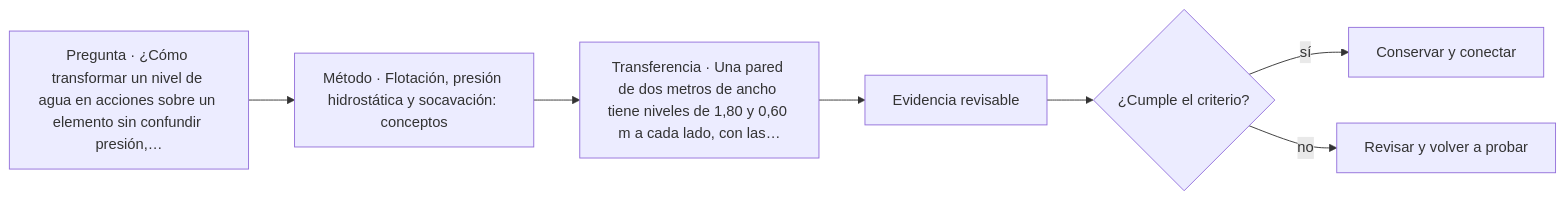
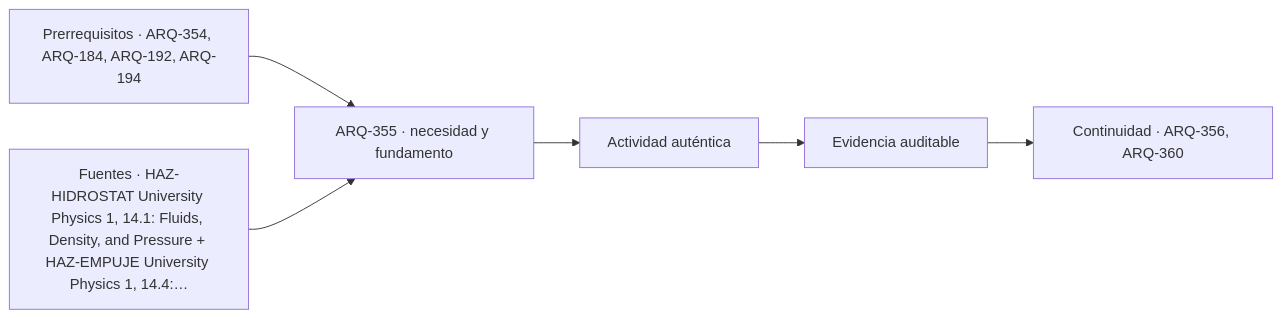
Before and after one commit to vladimiracunadev-create/architecture-built-environment-learning-program: the diagram in classes/parte-36/ARQ-355.md, drawn with Mermaid. The commit also changed other lines of this file and 761 other files, not shown here.

````diff
--- a/classes/parte-36/ARQ-355.md
+++ b/classes/parte-36/ARQ-355.md
@@ -111,9 +123,8 @@
 ```mermaid
 flowchart LR
-    Q["Pregunta · ¿Cómo transformar un nivel de agua en acciones sobre un elemento sin confundir presión,…"] --> M["Método · Flotación, presión hidrostática y socavación: conceptos"]
-    M --> P["Transferencia · Una pared de dos metros de ancho tiene niveles de 1,80 y 0,60 m a cada lado, con las…"]
-    P --> E["Evidencia revisable"]
-    E --> C{"¿Cumple el criterio?"}
-    C -->|sí| T["Conservar y conectar"]
-    C -->|no| R["Revisar y volver a probar"]
+    A["Prerrequisitos · ARQ-354, ARQ-184, ARQ-192, ARQ-194"] --> B["ARQ-355 · necesidad y fundamento"]
+    S["Fuentes · HAZ-HIDROSTAT University Physics 1, 14.1: Fluids, Density, and Pressure + HAZ-EMPUJE University Physics 1, 14.4:…"] --> B
+    B --> C["Actividad auténtica"]
+    C --> D["Evidencia auditable"]
+    D --> E["Continuidad · ARQ-356, ARQ-360"]
 ```
````
